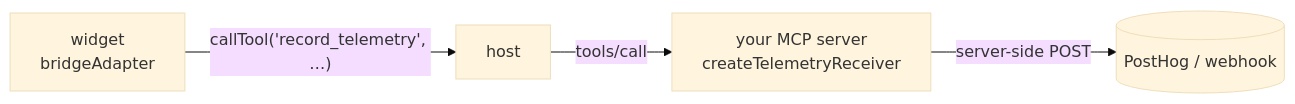
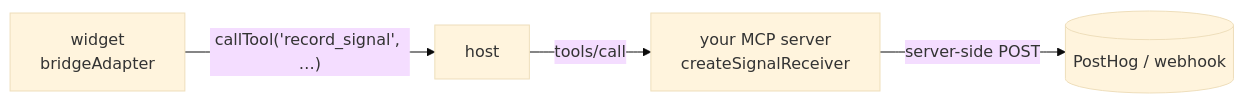
Before and after one commit to Roee-Tsur/mcp-signal: the diagram in README.md, drawn with Mermaid (base theme). The commit also changed other lines of this file and 48 other files, not shown here.

First line of the commit message:
refactor!: rename project to mcp-signal

````diff
--- a/README.md
+++ b/README.md
@@ -89,6 +89,6 @@
 ```mermaid
 flowchart LR
-  W["widget<br/>bridgeAdapter"] -- "callTool('record_telemetry', …)" --> H[host]
-  H -- "tools/call" --> S["your MCP server<br/>createTelemetryReceiver"]
+  W["widget<br/>bridgeAdapter"] -- "callTool('record_signal', …)" --> H[host]
+  H -- "tools/call" --> S["your MCP server<br/>createSignalReceiver"]
   S -- "server-side POST" --> D[(PostHog / webhook)]
 ```
````
